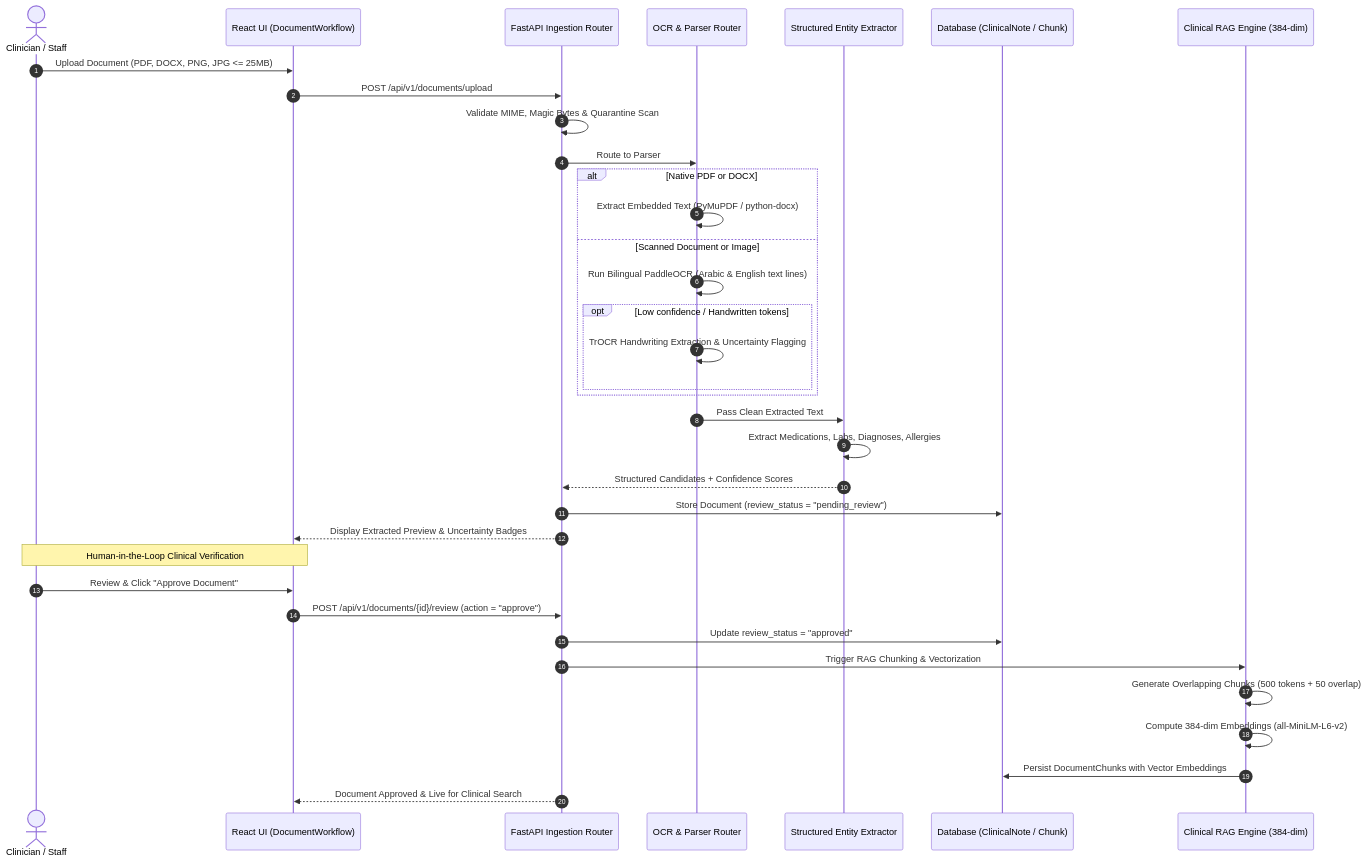
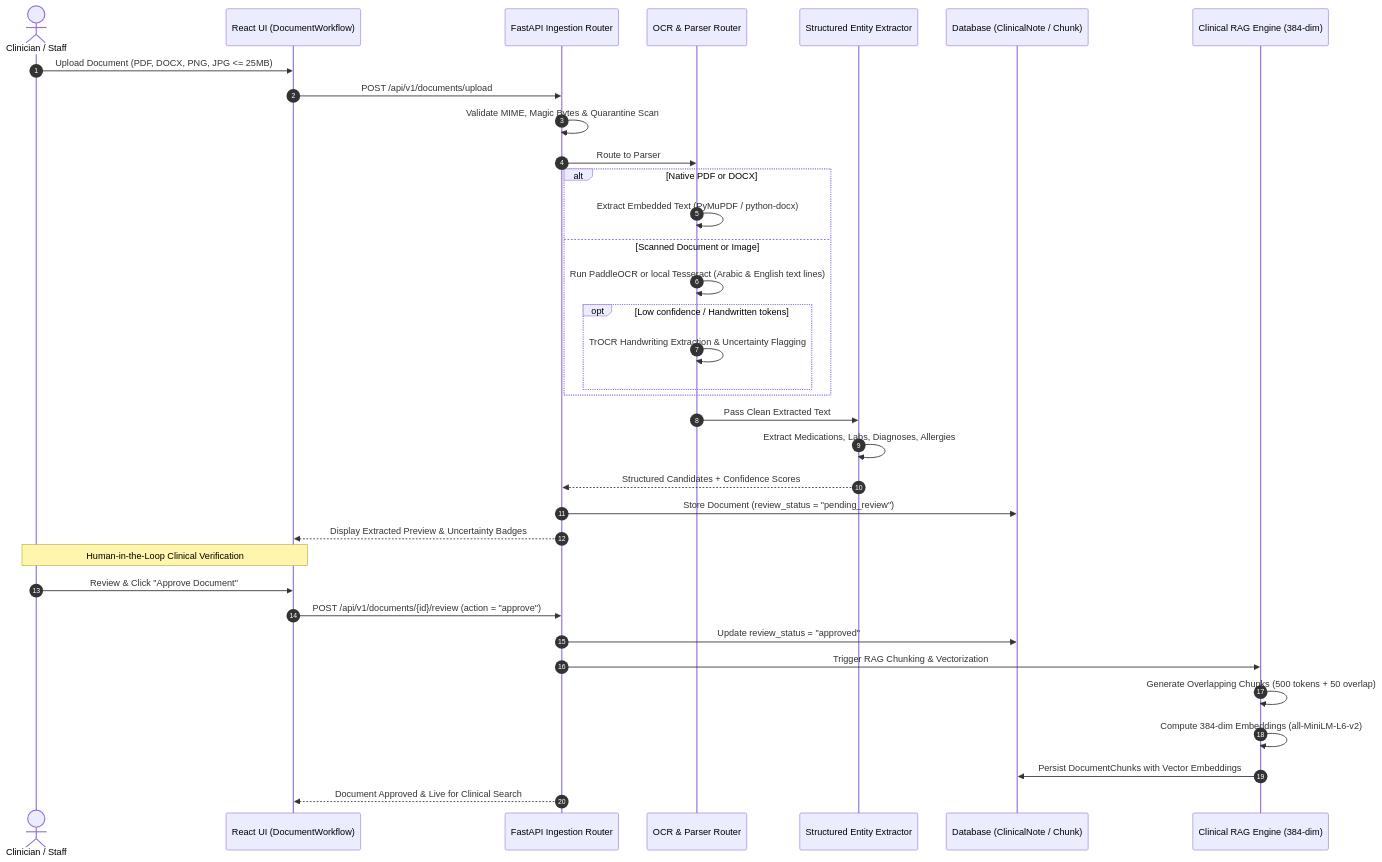
The second of 3 diagrams in README.md (Ezatnasef/careos), drawn with Mermaid before and after one commit. The commit also changed other lines of this file and 5 other files, not shown here.

Commit message:
feat(ocr): add local Arabic Tesseract fallback

````diff
--- a/README.md
+++ b/README.md
@@ -108,39 +108,39 @@
 ```mermaid
 sequenceDiagram
     autonumber
     actor Clinician as Clinician / Staff
     participant UI as React UI (DocumentWorkflow)
     participant API as FastAPI Ingestion Router
     participant OCR as OCR & Parser Router
     participant Extractor as Structured Entity Extractor
     participant DB as Database (ClinicalNote / Chunk)
     participant RAG as Clinical RAG Engine (384-dim)
 
     Clinician->>UI: Upload Document (PDF, DOCX, PNG, JPG <= 25MB)
     UI->>API: POST /api/v1/documents/upload
     API->>API: Validate MIME, Magic Bytes & Quarantine Scan
     API->>OCR: Route to Parser
     alt Native PDF or DOCX
         OCR->>OCR: Extract Embedded Text (PyMuPDF / python-docx)
     else Scanned Document or Image
-        OCR->>OCR: Run Bilingual PaddleOCR (Arabic & English text lines)
+        OCR->>OCR: Run PaddleOCR or local Tesseract (Arabic & English text lines)
         opt Low confidence / Handwritten tokens
             OCR->>OCR: TrOCR Handwriting Extraction & Uncertainty Flagging
         end
     end
     OCR->>Extractor: Pass Clean Extracted Text
     Extractor->>Extractor: Extract Medications, Labs, Diagnoses, Allergies
     Extractor-->>API: Structured Candidates + Confidence Scores
     API->>DB: Store Document (review_status = "pending_review")
     API-->>UI: Display Extracted Preview & Uncertainty Badges
     
     Note over Clinician,UI: Human-in-the-Loop Clinical Verification
     Clinician->>UI: Review & Click "Approve Document"
     UI->>API: POST /api/v1/documents/{id}/review (action = "approve")
     API->>DB: Update review_status = "approved"
     API->>RAG: Trigger RAG Chunking & Vectorization
     RAG->>RAG: Generate Overlapping Chunks (500 tokens + 50 overlap)
     RAG->>RAG: Compute 384-dim Embeddings (all-MiniLM-L6-v2)
     RAG->>DB: Persist DocumentChunks with Vector Embeddings
     API-->>UI: Document Approved & Live for Clinical Search
 ```
````
